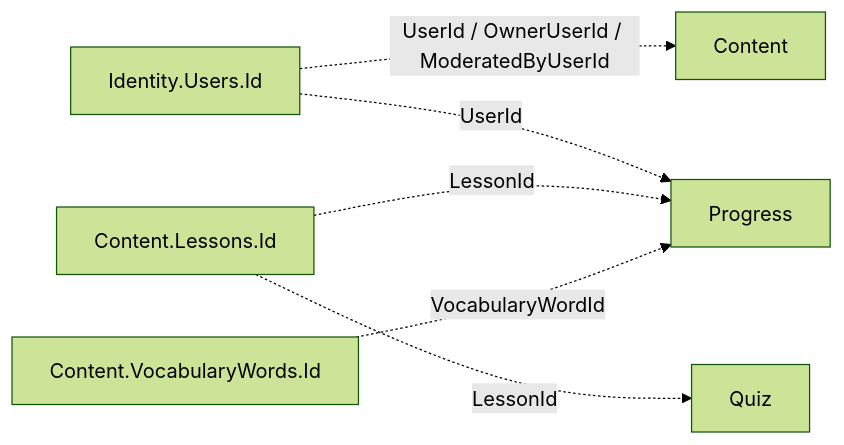
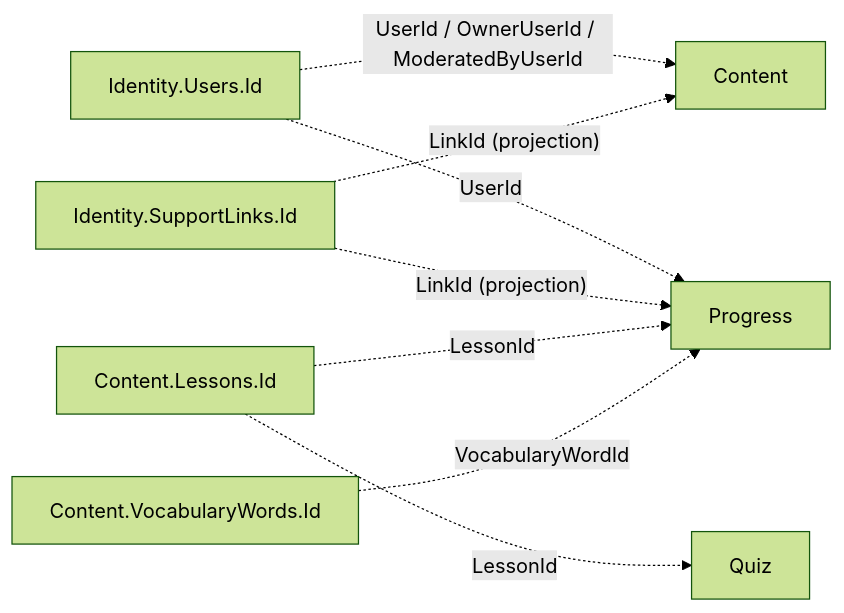
The diagram in docs/database-diagram/README.md (hunglu/WordBuddy), drawn with Mermaid (forest theme) before and after one commit. The commit also changed other lines of this file and 207 other files, not shown here.

Commit message:
WB-24_learner-support-links: wip (47/49 tasks)

````diff
--- a/docs/database-diagram/README.md
+++ b/docs/database-diagram/README.md
@@ -20,8 +20,10 @@
 ```mermaid
 flowchart LR
     U["Identity.Users.Id"] -. UserId / OwnerUserId / ModeratedByUserId .-> C[Content]
     U -. UserId .-> P[Progress]
+    S["Identity.SupportLinks.Id"] -. LinkId (projection) .-> C
+    S -. LinkId (projection) .-> P
     L["Content.Lessons.Id"] -. LessonId .-> Q[Quiz]
     L -. LessonId .-> P
     V["Content.VocabularyWords.Id"] -. VocabularyWordId .-> P
 ```
````
